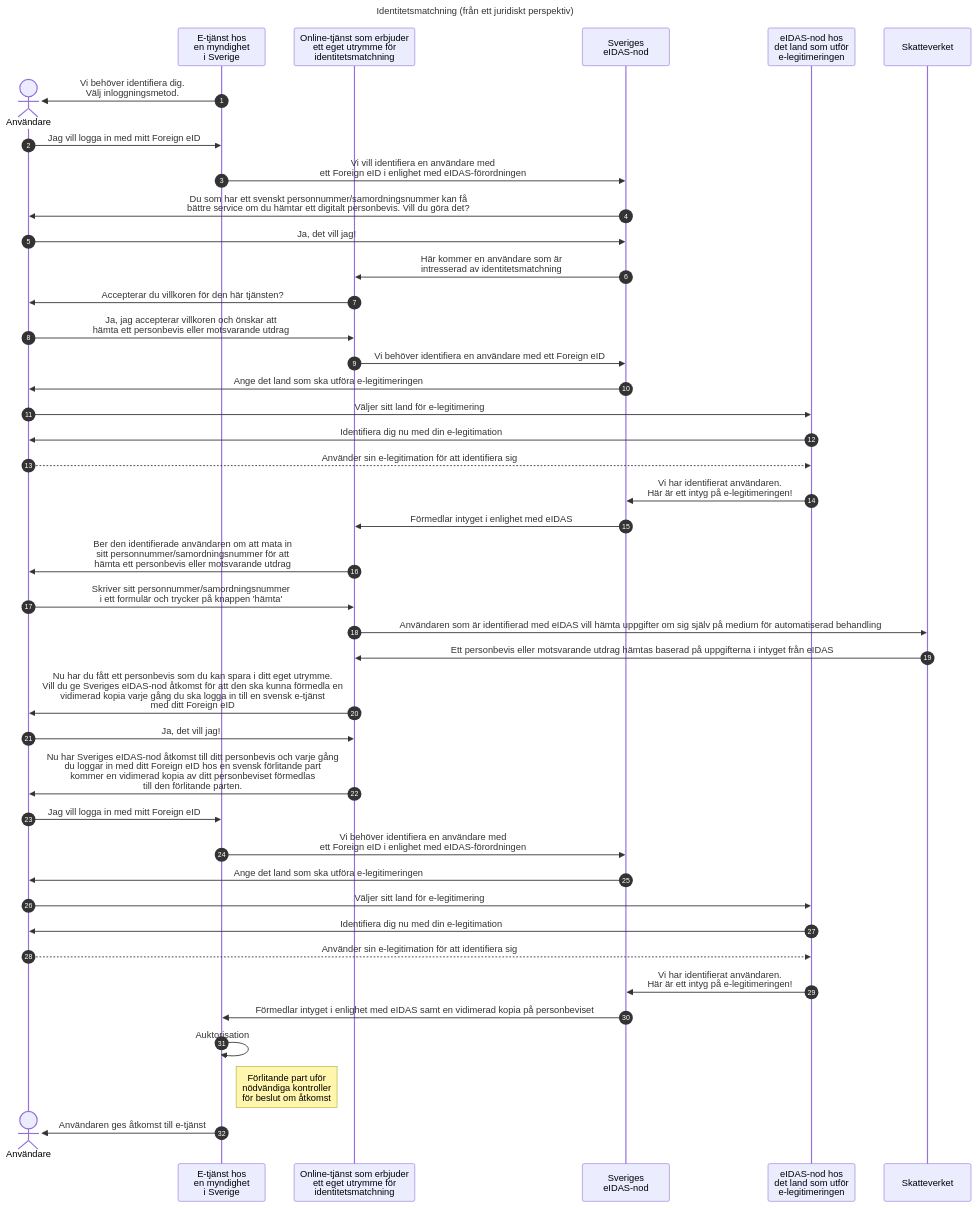
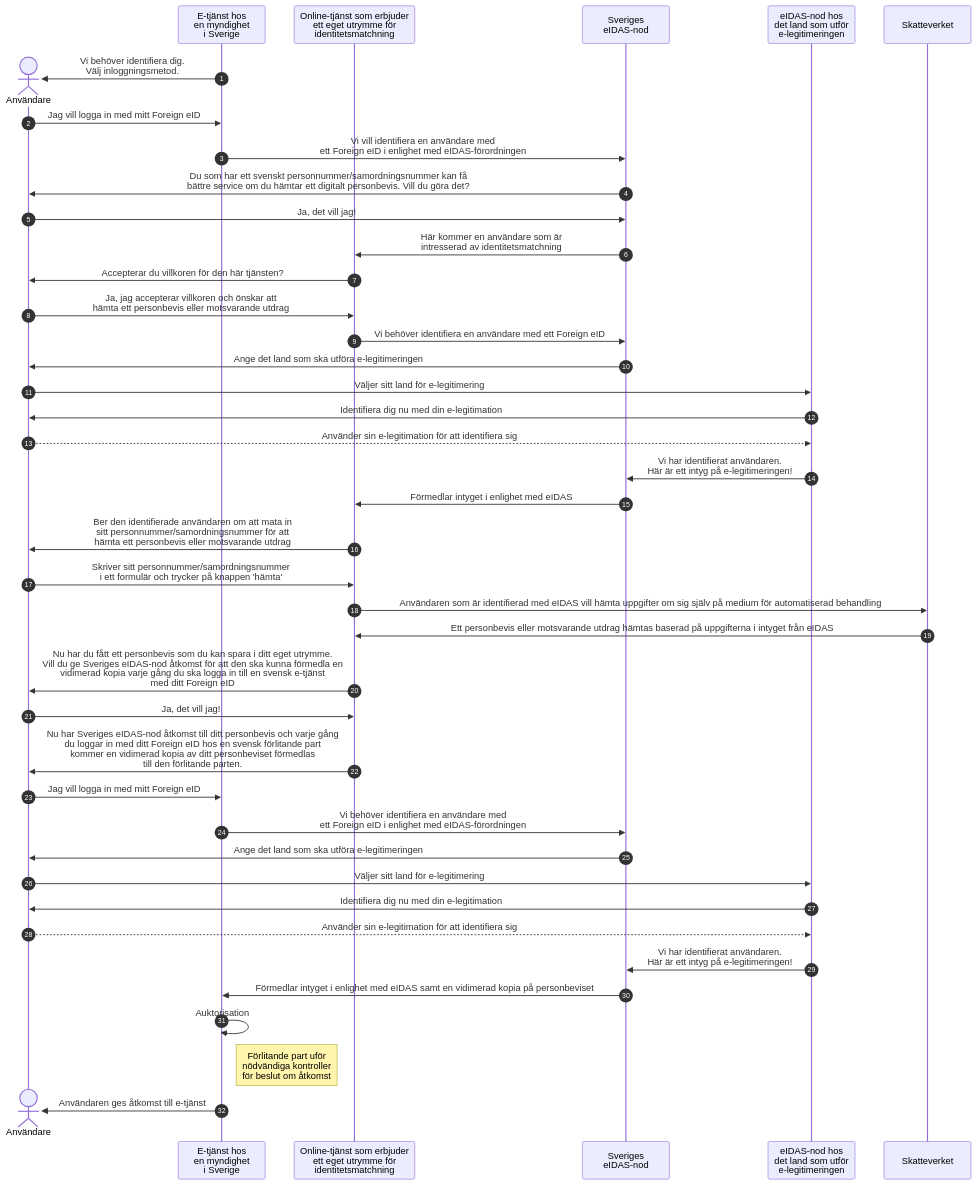
Before and after one commit to araskazemi/greenhouse: the diagram in eIDAS record matching/utkast1.md, drawn with Mermaid.

````diff
--- a/eIDAS record matching/utkast1.md
+++ b/eIDAS record matching/utkast1.md
@@ -4,47 +4,47 @@
 ```mermaid
 
 sequenceDiagram
     autonumber
-    title: Identitetsmatchning (från ett juridiskt perspektiv)
+
     create actor U as Användare
     participant RP as E-tjänst hos<br />en myndighet<br />i Sverige
     participant IDM as Online-tjänst som erbjuder<br />ett eget utrymme för<br />identitetsmatchning
     participant N as Sveriges<br />eIDAS-nod
     participant eID as eIDAS-nod hos<br />det land som utför<br />e-legitimeringen
     participant SV as Skatteverket
     RP->>U: Vi behöver identifiera dig.<br />Välj inloggningsmetod.
     U->>RP: Jag vill logga in med mitt Foreign eID
     RP->>N: Vi vill identifiera en användare med<br />ett Foreign eID i enlighet med eIDAS-förordningen
     N->>U: Du som har ett svenskt personnummer/samordningsnummer kan få<br />bättre service om du hämtar ett digitalt personbevis. Vill du göra det? 
     U->>N: Ja, det vill jag!
     N->>IDM: Här kommer en användare som är<br />intresserad av identitetsmatchning
     IDM->>U: Accepterar du villkoren för den här tjänsten?
     U->>IDM: Ja, jag accepterar villkoren och önskar att<br />hämta ett personbevis eller motsvarande utdrag
     IDM->>N: Vi behöver identifiera en användare med ett Foreign eID
     N->>U: Ange det land som ska utföra e-legitimeringen
     U->>eID: Väljer sitt land för e-legitimering
     eID->>U: Identifiera dig nu med din e-legitimation
     U-->>eID: Använder sin e-legitimation för att identifiera sig
     eID->>N: Vi har identifierat användaren.<br />Här är ett intyg på e-legitimeringen! 
     N->>IDM: Förmedlar intyget i enlighet med eIDAS
     IDM->>U: Ber den identifierade användaren om att mata in<br />sitt personnummer/samordningsnummer för att<br />hämta ett personbevis eller motsvarande utdrag 
     U->>IDM: Skriver sitt personnummer/samordningsnummer<br />i ett formulär och trycker på knappen 'hämta'
     IDM->>SV: Användaren som är identifierad med eIDAS vill hämta uppgifter om sig själv på medium för automatiserad behandling
     SV->>IDM: Ett personbevis eller motsvarande utdrag hämtas baserad på uppgifterna i intyget från eIDAS
     IDM->>U: Nu har du fått ett personbevis som du kan spara i ditt eget utrymme.<br />Vill du ge Sveriges eIDAS-nod åtkomst för att den ska kunna förmedla en<br />vidimerad kopia varje gång du ska logga in till en svensk e-tjänst<br />med ditt Foreign eID
     U->>IDM: Ja, det vill jag!
     IDM->>U: Nu har Sveriges eIDAS-nod åtkomst till ditt personbevis och varje gång<br />du loggar in med ditt Foreign eID hos en svensk förlitande part<br />kommer en vidimerad kopia av ditt personbeviset förmedlas<br />till den förlitande parten.
     U->>RP: Jag vill logga in med mitt Foreign eID
     RP->>N: Vi behöver identifiera en användare med<br />ett Foreign eID i enlighet med eIDAS-förordningen
     N->>U: Ange det land som ska utföra e-legitimeringen
     U->>eID: Väljer sitt land för e-legitimering
     eID->>U: Identifiera dig nu med din e-legitimation
     U-->>eID: Använder sin e-legitimation för att identifiera sig
     eID->>N: Vi har identifierat användaren.<br />Här är ett intyg på e-legitimeringen! 
     N->>RP: Förmedlar intyget i enlighet med eIDAS samt en vidimerad kopia på personbeviset
     RP->>RP: Auktorisation
     Note right of RP: Förlitande part uför<br />nödvändiga kontroller<br />för beslut om åtkomst
     destroy U
     RP->>U: Användaren ges åtkomst till e-tjänst
 
 ```
````
